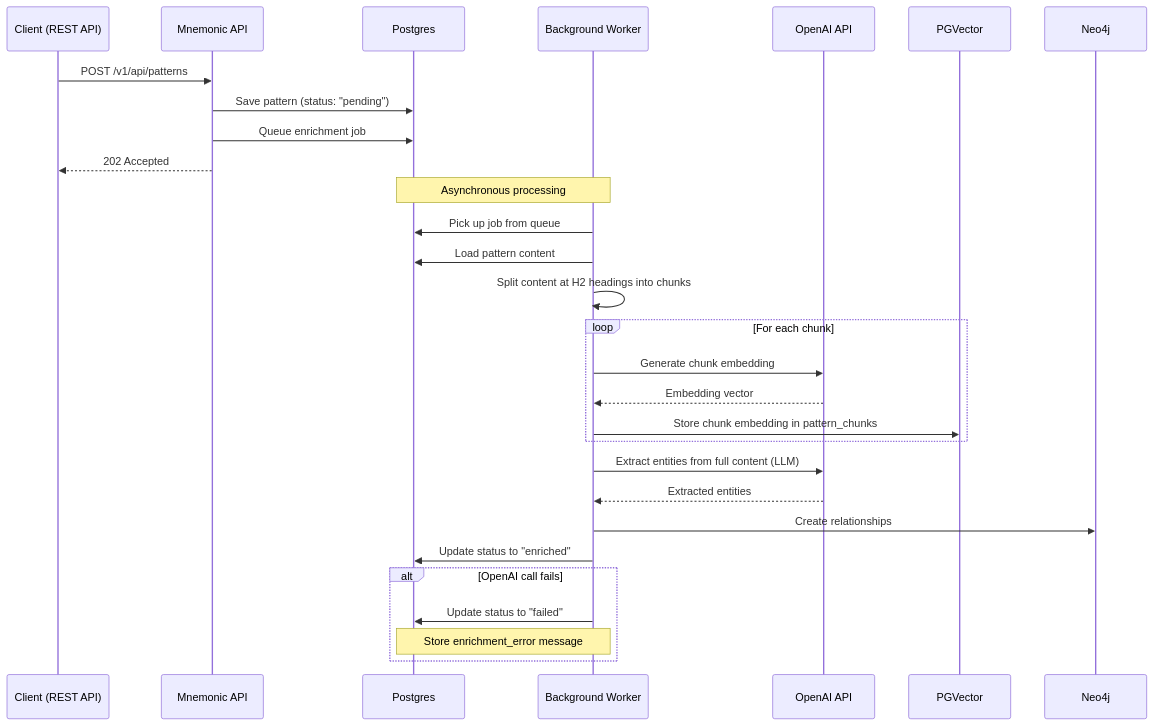
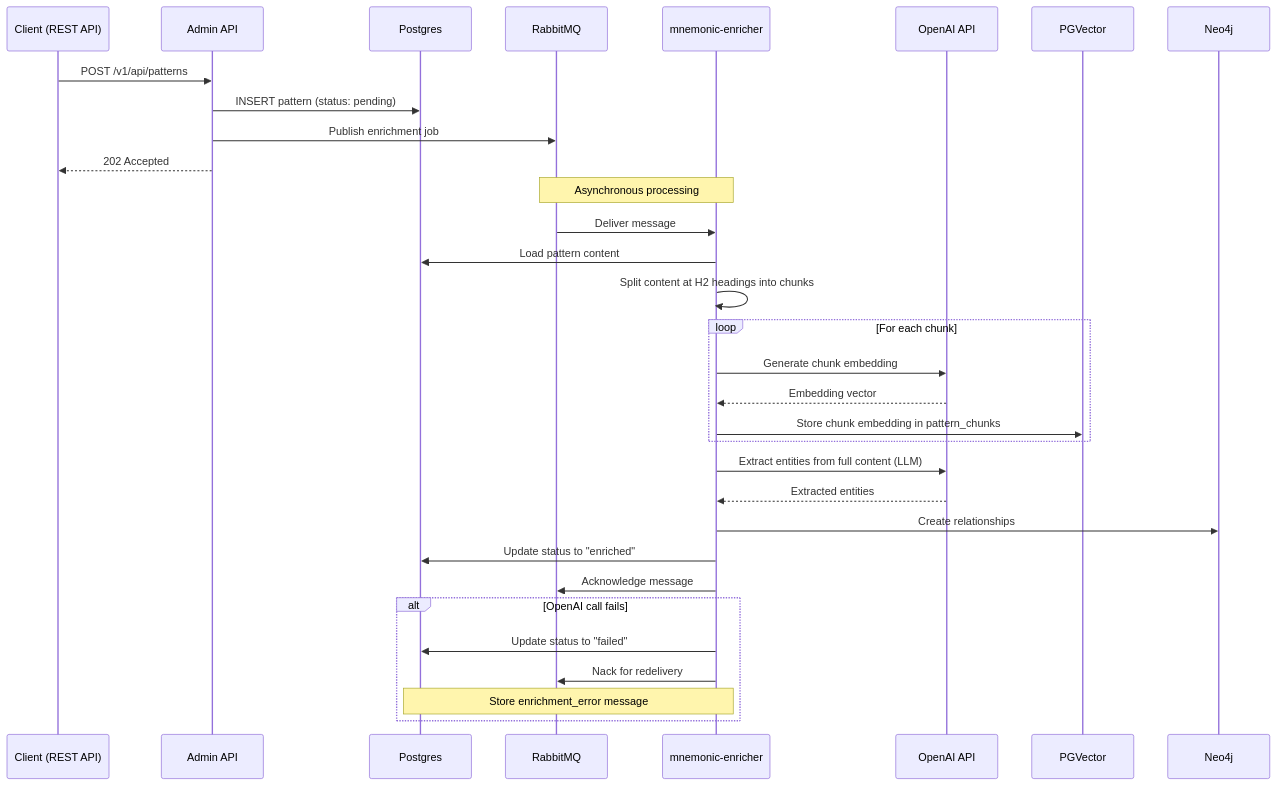
Before and after one commit to twistingmercury/mnemonic-docs: the first of 4 diagrams in docs/design/pattern-processing.md, drawn with Mermaid. The commit also changed other lines of this file, not shown here.

Commit message:
docs: rewrite enrichment worker design for standalone RabbitMQ-based service

````diff
--- a/docs/design/pattern-processing.md
+++ b/docs/design/pattern-processing.md
@@ -64,35 +64,38 @@
 ```mermaid
 sequenceDiagram
     participant Client as Client (REST API)
-    participant API as Mnemonic API
+    participant API as Admin API
     participant PG as Postgres
-    participant Worker as Background Worker
+    participant RMQ as RabbitMQ
+    participant Enricher as mnemonic-enricher
     participant OpenAI as OpenAI API
     participant PGV as PGVector
     participant Neo4j as Neo4j
 
     Client->>API: POST /v1/api/patterns
-    API->>PG: Save pattern (status: "pending")
-    API->>PG: Queue enrichment job
+    API->>PG: INSERT pattern (status: pending)
+    API->>RMQ: Publish enrichment job
     API-->>Client: 202 Accepted
 
-    Note over Worker,PG: Asynchronous processing
+    Note over RMQ,Enricher: Asynchronous processing
 
-    Worker->>PG: Pick up job from queue
-    Worker->>PG: Load pattern content
-    Worker->>Worker: Split content at H2 headings into chunks
+    RMQ->>Enricher: Deliver message
+    Enricher->>PG: Load pattern content
+    Enricher->>Enricher: Split content at H2 headings into chunks
     loop For each chunk
-        Worker->>OpenAI: Generate chunk embedding
-        OpenAI-->>Worker: Embedding vector
-        Worker->>PGV: Store chunk embedding in pattern_chunks
+        Enricher->>OpenAI: Generate chunk embedding
+        OpenAI-->>Enricher: Embedding vector
+        Enricher->>PGV: Store chunk embedding in pattern_chunks
     end
-    Worker->>OpenAI: Extract entities from full content (LLM)
-    OpenAI-->>Worker: Extracted entities
-    Worker->>Neo4j: Create relationships
-    Worker->>PG: Update status to "enriched"
+    Enricher->>OpenAI: Extract entities from full content (LLM)
+    OpenAI-->>Enricher: Extracted entities
+    Enricher->>Neo4j: Create relationships
+    Enricher->>PG: Update status to "enriched"
+    Enricher->>RMQ: Acknowledge message
 
     alt OpenAI call fails
-        Worker->>PG: Update status to "failed"
-        Note over Worker,PG: Store enrichment_error message
+        Enricher->>PG: Update status to "failed"
+        Enricher->>RMQ: Nack for redelivery
+        Note over Enricher,PG: Store enrichment_error message
     end
 ```
````
